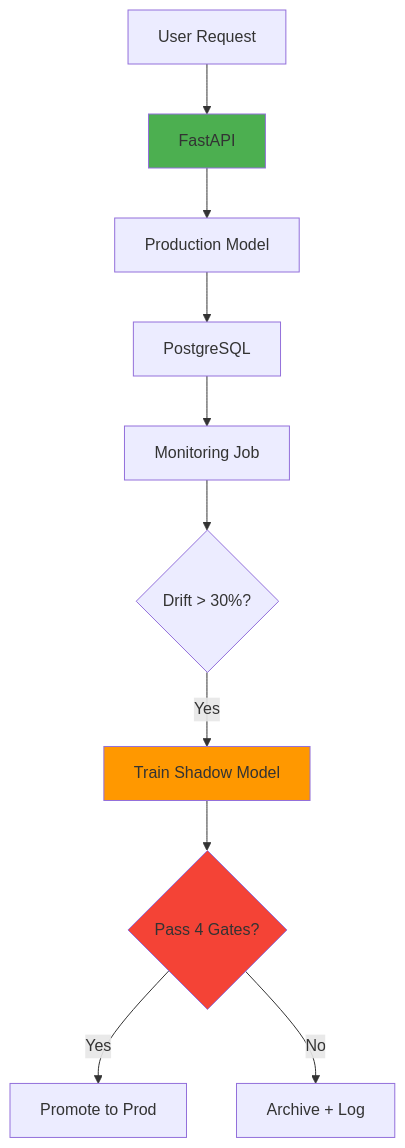
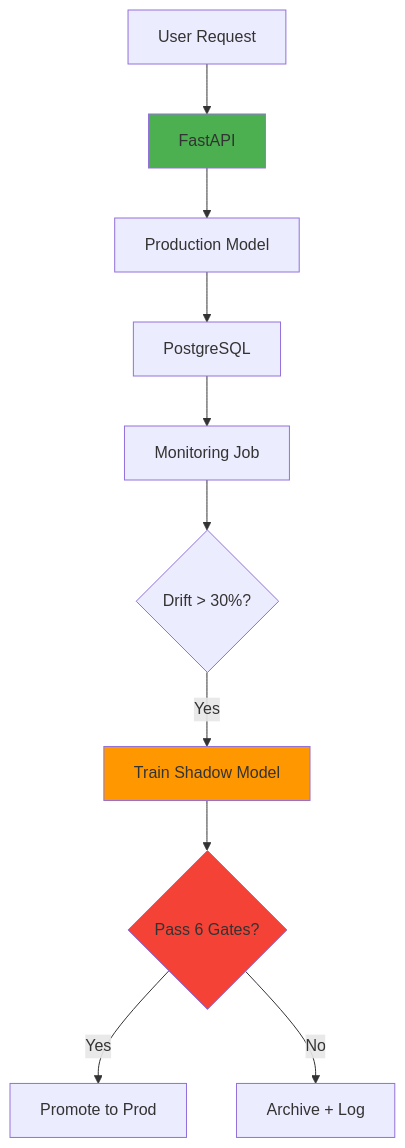
One commit to Nimish1106/self-healing-mlops changed the diagram in README.md. Above: the diagram before and after it, drawn with Mermaid.

Commit message:
Update gate condition from 4 to 6 in flowchart

````diff
--- a/README.md
+++ b/README.md
@@ -51,18 +51,18 @@
 ```mermaid
 graph TB
     A[User Request] --> B[FastAPI]
     B --> C[Production Model]
     C --> D[PostgreSQL]
 
     E[Monitoring Job] --> F{Drift > 30%?}
     F -->|Yes| G[Train Shadow Model]
-    G --> H{Pass 4 Gates?}
+    G --> H{Pass 6 Gates?}
     H -->|Yes| I[Promote to Prod]
     H -->|No| J[Archive + Log]
 
     D --> E
 
     style B fill:#4CAF50
     style G fill:#FF9800
     style H fill:#F44336
 ```
````
